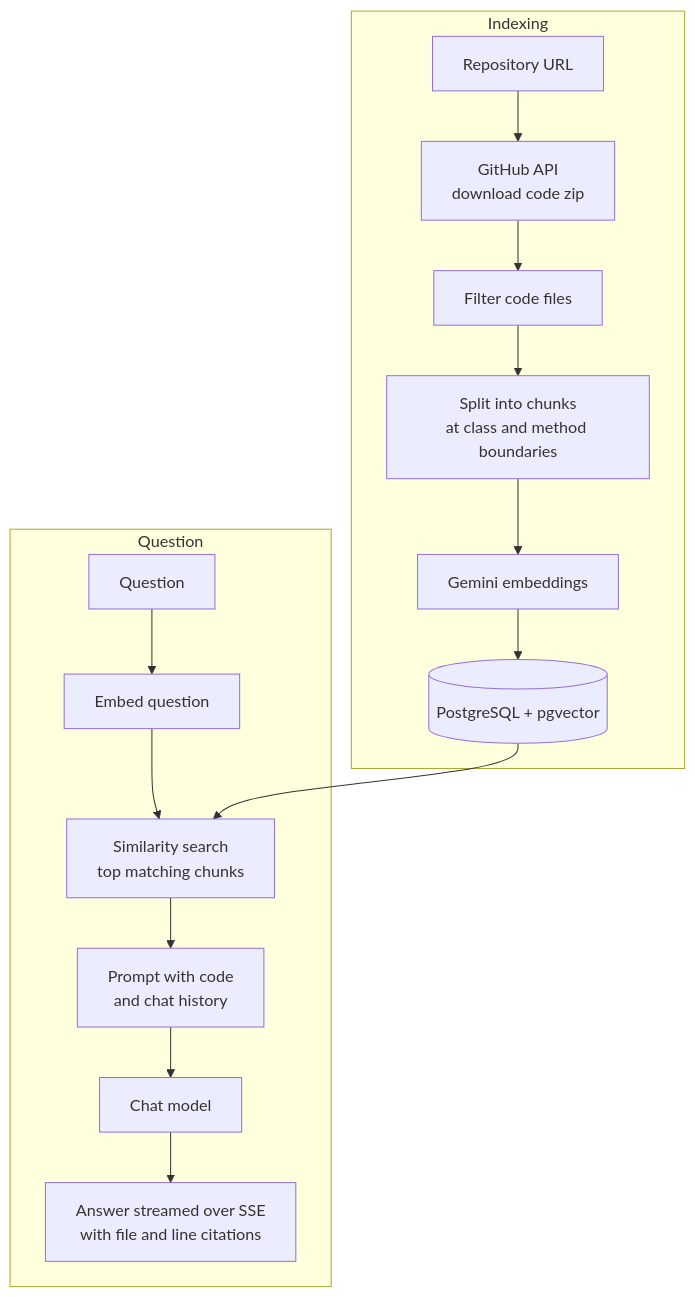
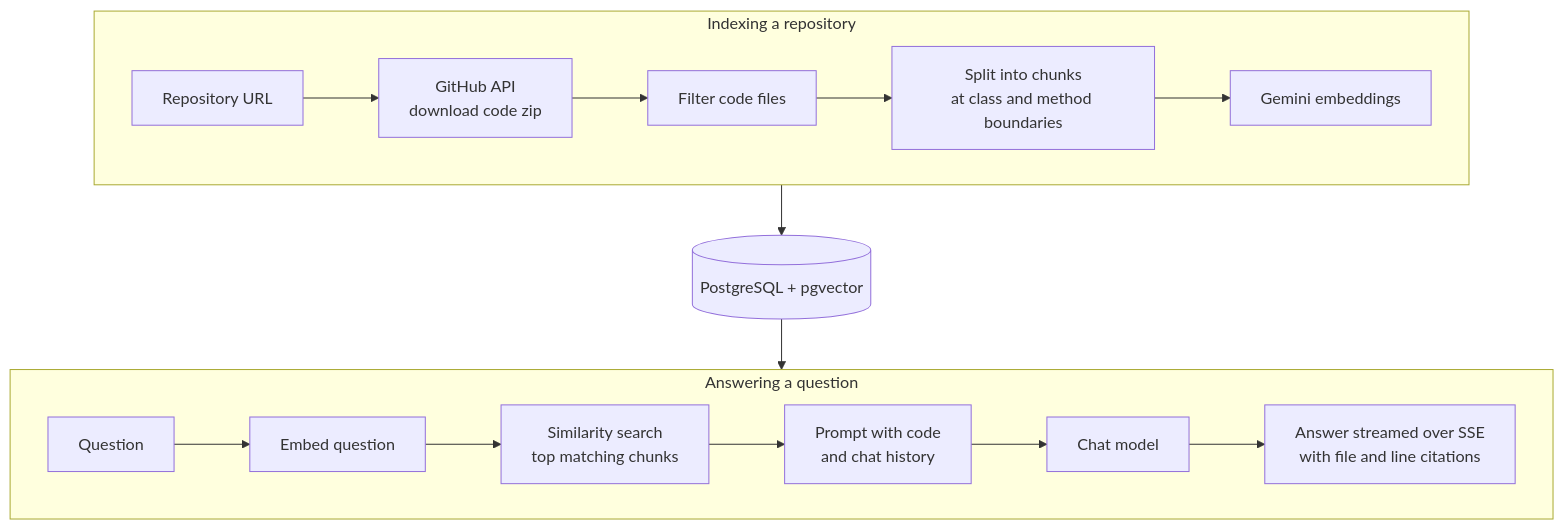
The diagram in README.md (Darshan-dev57/devPilot), drawn with Mermaid before and after one commit.

Commit message:
Lay out the architecture diagram in two rows

````diff
--- a/README.md
+++ b/README.md
@@ -41,18 +41,20 @@
 ```mermaid
 flowchart TB
-  subgraph Indexing
+  subgraph Indexing["Indexing a repository"]
+    direction LR
     A["Repository URL"] --> B["GitHub API<br/>download code zip"]
     B --> C["Filter code files"]
     C --> D["Split into chunks<br/>at class and method boundaries"]
     D --> E["Gemini embeddings"]
-    E --> F[("PostgreSQL + pgvector")]
   end
-  subgraph Question
+  subgraph Question["Answering a question"]
+    direction LR
     Q["Question"] --> G["Embed question"]
     G --> H["Similarity search<br/>top matching chunks"]
-    F --> H
     H --> I["Prompt with code<br/>and chat history"]
     I --> J["Chat model"]
     J --> K["Answer streamed over SSE<br/>with file and line citations"]
   end
+  E --> F[("PostgreSQL + pgvector")]
+  F --> H
 ```
````
